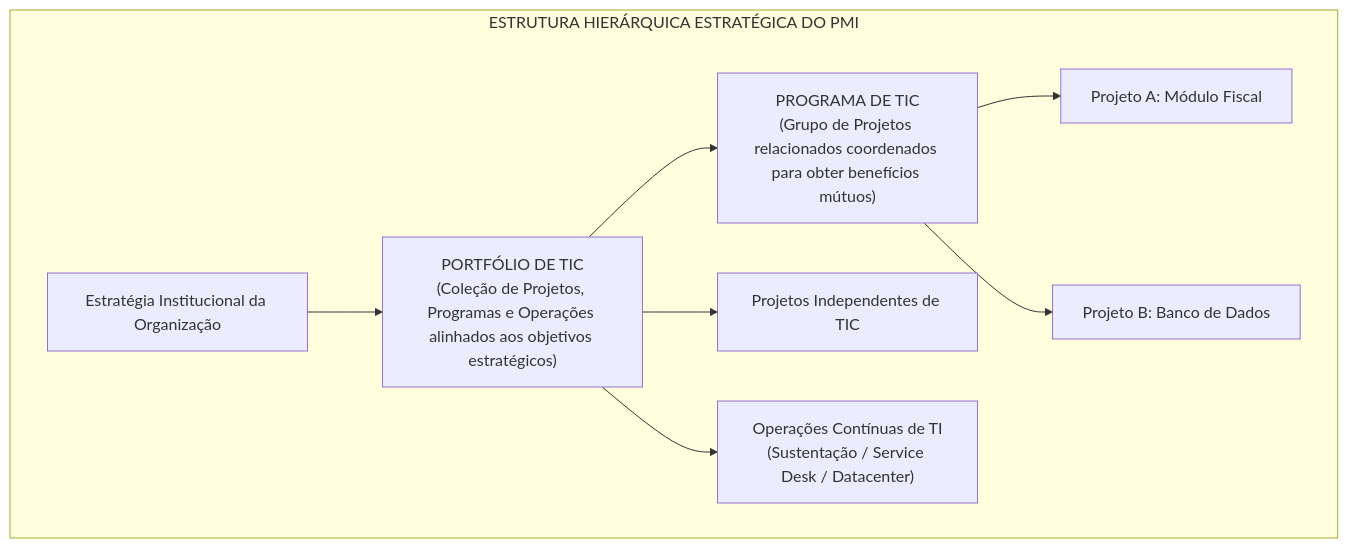
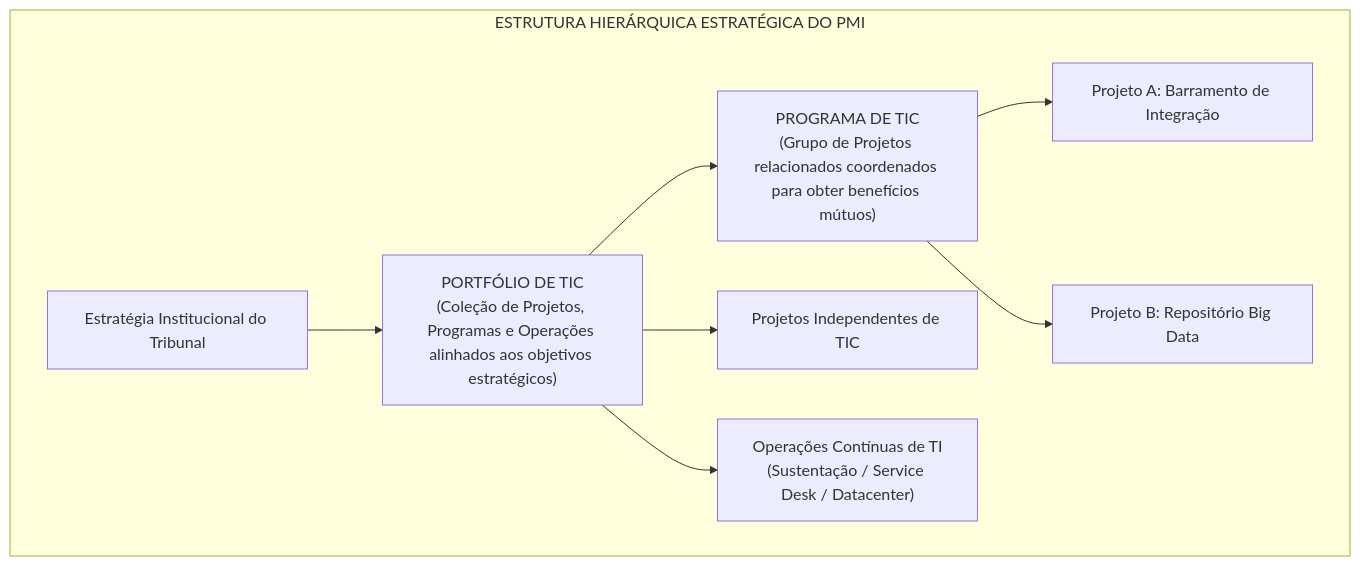
One commit to thiagosantos346/TCE-GO-2027 changed the first of 4 diagrams in fontes_de_estudo/conhecimentos_especificos_b02_ti/12_governanca_de_ti/03_gestao_de_projetos_pmbok_8_edicao_e_metodos_ageis.md. Above: the diagram before and after it, drawn with Mermaid. The commit also changed other lines of this file and 119 other files, not shown here.

````diff
--- a/fontes_de_estudo/conhecimentos_especificos_b02_ti/12_governanca_de_ti/03_gestao_de_projetos_pmbok_8_edicao_e_metodos_ageis.md
+++ b/fontes_de_estudo/conhecimentos_especificos_b02_ti/12_governanca_de_ti/03_gestao_de_projetos_pmbok_8_edicao_e_metodos_ageis.md
@@ -79,11 +59,11 @@
 ```mermaid
 flowchart TD
     subgraph HIERARQUIA["ESTRUTURA HIERÁRQUICA ESTRATÉGICA DO PMI"]
-        EST["Estratégia Institucional da Organização"] --> PORT["PORTFÓLIO DE TIC<br/>(Coleção de Projetos, Programas e Operações alinhados aos objetivos estratégicos)"]
+        EST["Estratégia Institucional do Tribunal"] --> PORT["PORTFÓLIO DE TIC<br/>(Coleção de Projetos, Programas e Operações alinhados aos objetivos estratégicos)"]
         PORT --> PROG["PROGRAMA DE TIC<br/>(Grupo de Projetos relacionados coordenados para obter benefícios mútuos)"]
         PORT --> PROJ_AVULSO["Projetos Independentes de TIC"]
-        PROG --> PROJ1["Projeto A: Módulo Fiscal"]
-        PROG --> PROJ2["Projeto B: Banco de Dados"]
+        PROG --> PROJ1["Projeto A: Barramento de Integração"]
+        PROG --> PROJ2["Projeto B: Repositório Big Data"]
         PORT --> OP["Operações Contínuas de TI<br/>(Sustentação / Service Desk / Datacenter)"]
     end
 ```
````
